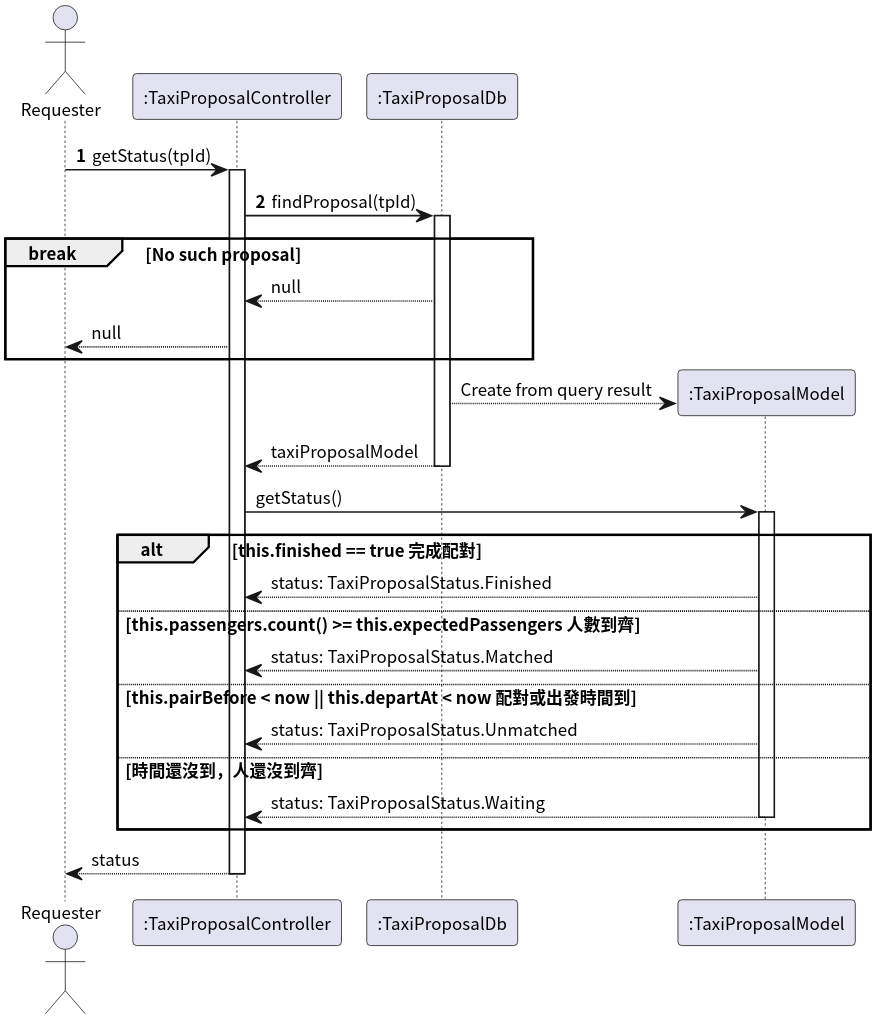
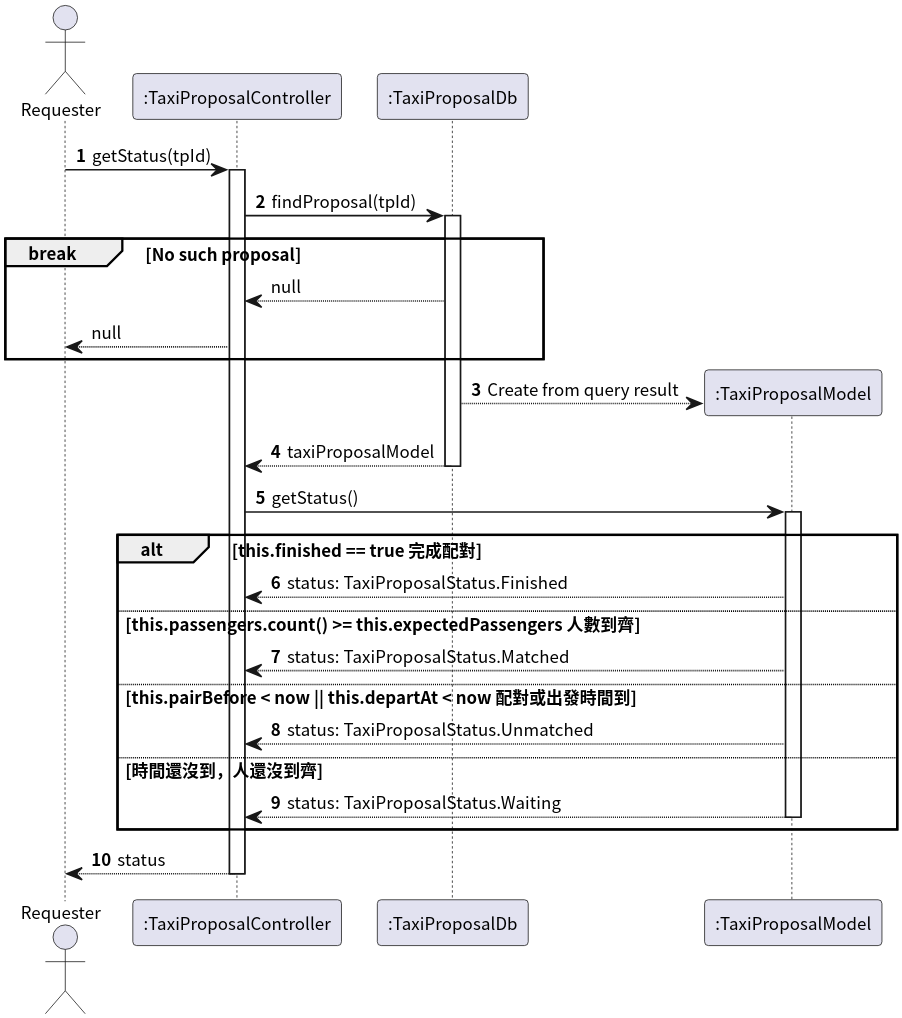
Before and after one commit to pan93412/nkust-homework: the second of 2 diagrams in semester-4/system-analysis/sequence-diagram.plantuml, drawn with PlantUML.

Commit message:
s4: system-analysis: sequence-diagram: add autonumber back after break-label

```diff
--- a/semester-4/system-analysis/sequence-diagram.plantuml
+++ b/semester-4/system-analysis/sequence-diagram.plantuml
@@ -36,41 +36,43 @@
 @startuml TaxiProposalWaitForPairing
 
 autonumber
 skinparam dpi 300
 skinparam linetype ortho
 skinparam defaultFontSize 11
 skinparam defaultFontName "Noto Sans CJK TC"
 
 actor Requester as "Requester"
 participant TaxiProposalController as ":TaxiProposalController"
 participant TaxiProposalDb as ":TaxiProposalDb"
 
 Requester -> TaxiProposalController ++: getStatus(tpId)
 
 TaxiProposalController -> TaxiProposalDb ++: findProposal(tpId)
 
 break No such proposal
     autonumber stop
     TaxiProposalController <-- TaxiProposalDb: null
     Requester <-- TaxiProposalController: null
 end
 
+autonumber resume
+
 create participant TaxiProposalModel as ":TaxiProposalModel"
 TaxiProposalDb --> TaxiProposalModel: Create from query result
 return taxiProposalModel
 
 TaxiProposalController -> TaxiProposalModel ++: getStatus()
 
 alt this.finished == true 完成配對
     TaxiProposalController <-- TaxiProposalModel: status: TaxiProposalStatus.Finished
 else this.passengers.count() >= this.expectedPassengers 人數到齊
     TaxiProposalController <-- TaxiProposalModel: status: TaxiProposalStatus.Matched
 else this.pairBefore < now || this.departAt < now 配對或出發時間到
     TaxiProposalController <-- TaxiProposalModel: status: TaxiProposalStatus.Unmatched
 else 時間還沒到，人還沒到齊
     TaxiProposalController <-- TaxiProposalModel --: status: TaxiProposalStatus.Waiting
 end
 
 return status
 
 @enduml TaxiProposalWaitForPairing
```
